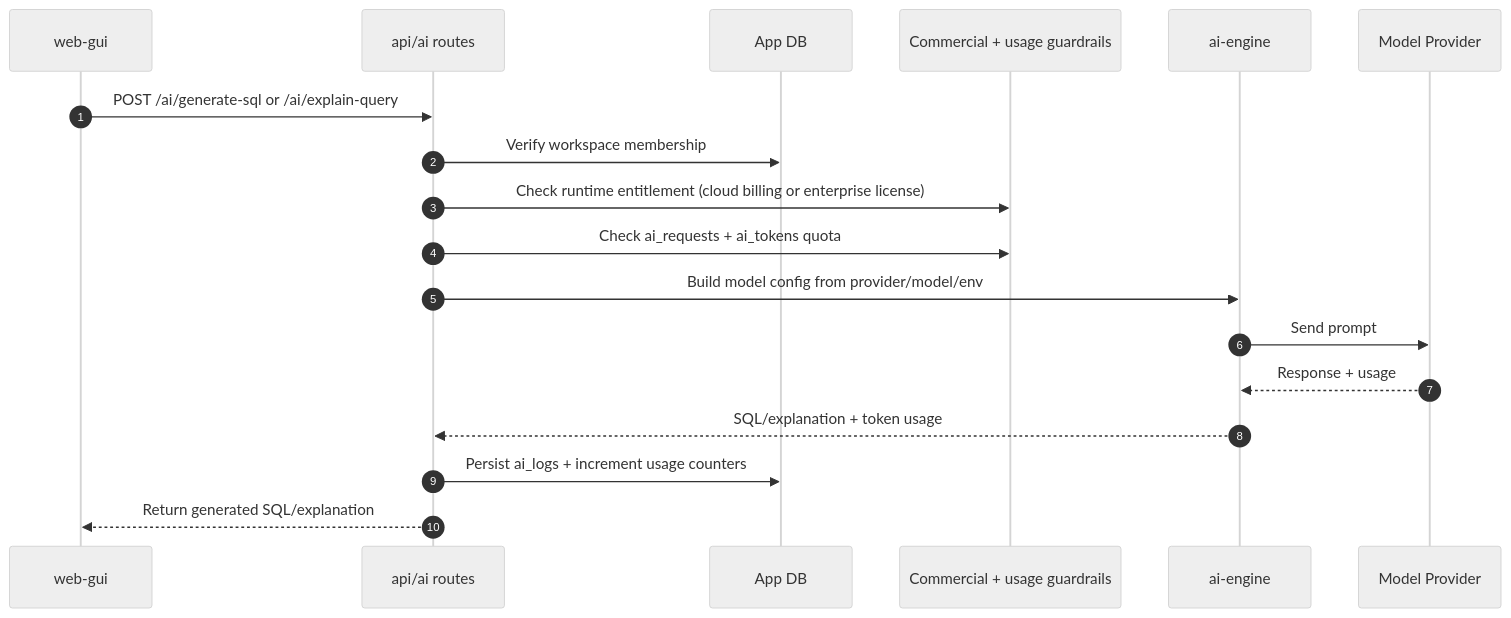
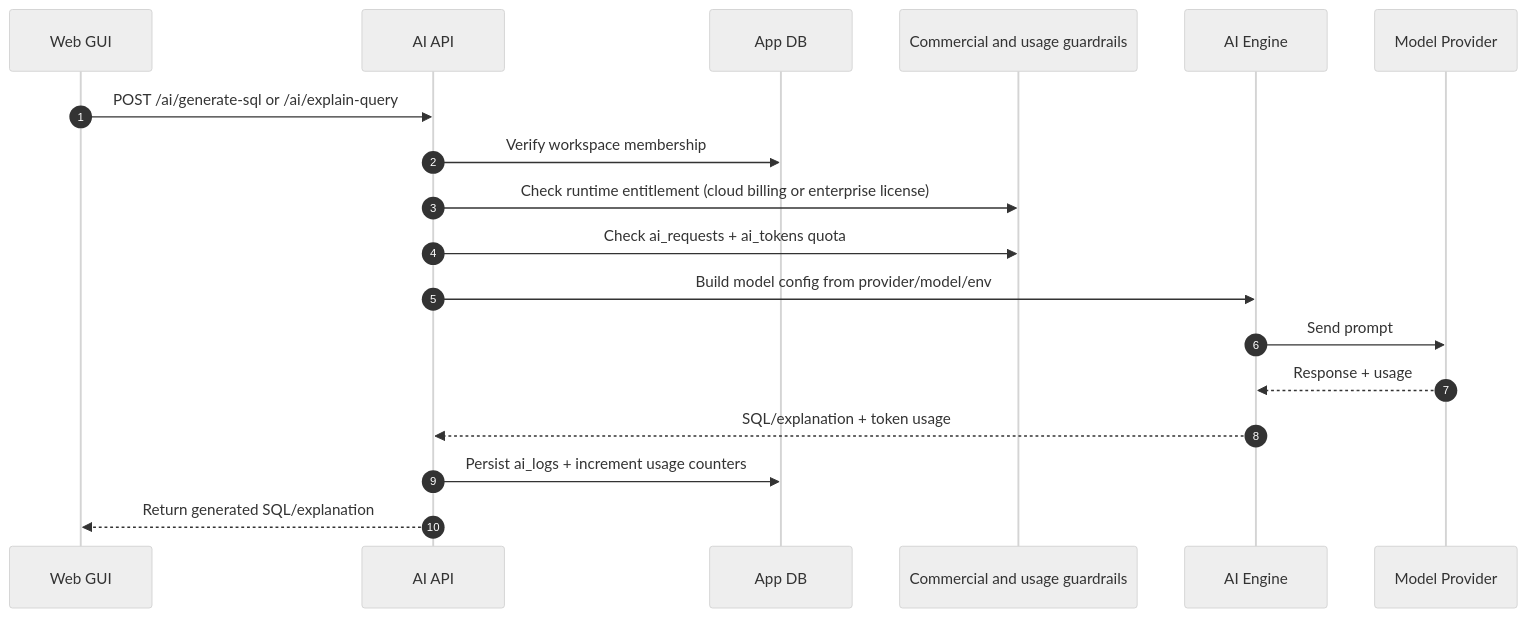
One commit to Veri5ied/dataflow-studio changed the fifth of 7 diagrams in docs/system-design-flow.md. Above: the diagram before and after it, drawn with Mermaid (neutral theme). The commit also changed other lines of this file, not shown here.

Commit message:
GitHub-safe Mermaid syntax

````diff
--- a/docs/system-design-flow.md
+++ b/docs/system-design-flow.md
@@ -105,21 +105,21 @@
 ```mermaid
 sequenceDiagram
   autonumber
-  participant Web as web-gui
-  participant API as api/ai routes
+  participant Web as Web GUI
+  participant API as AI API
   participant DB as App DB
-  participant Guard as Commercial + usage guardrails
-  participant Engine as ai-engine
+  participant Guard as Commercial and usage guardrails
+  participant Engine as AI Engine
   participant LLM as Model Provider
 
   Web->>API: POST /ai/generate-sql or /ai/explain-query
   API->>DB: Verify workspace membership
   API->>Guard: Check runtime entitlement (cloud billing or enterprise license)
   API->>Guard: Check ai_requests + ai_tokens quota
   API->>Engine: Build model config from provider/model/env
   Engine->>LLM: Send prompt
   LLM-->>Engine: Response + usage
   Engine-->>API: SQL/explanation + token usage
   API->>DB: Persist ai_logs + increment usage counters
   API-->>Web: Return generated SQL/explanation
 ```
````
